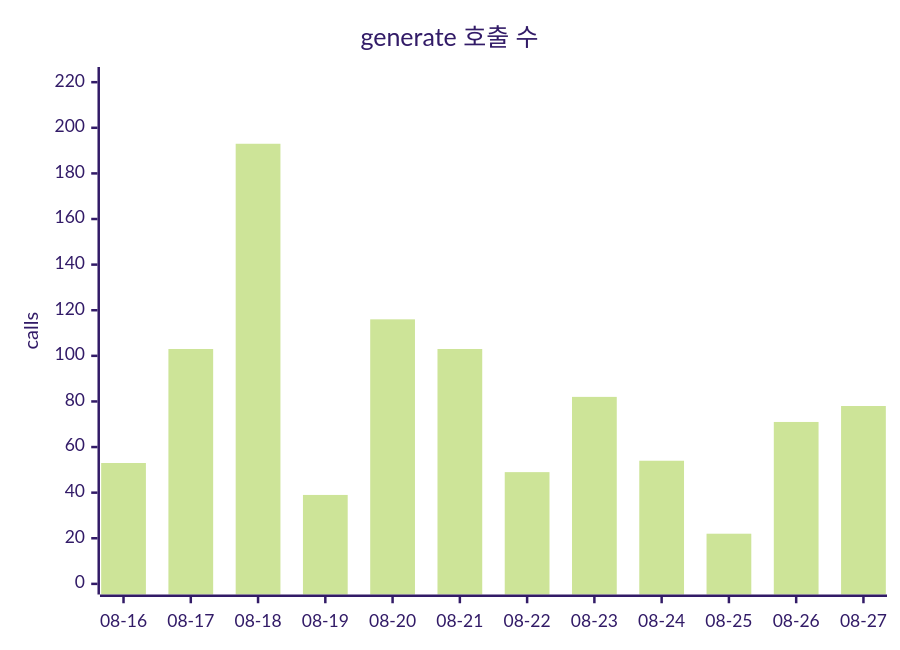
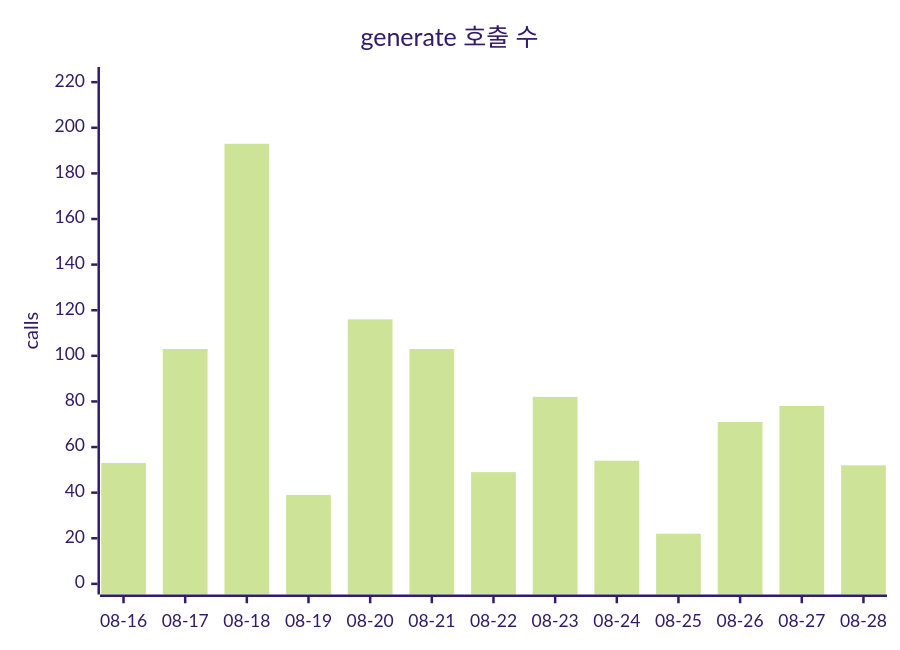
The first of 2 diagrams in docs/data/token-usage.md (userri/PinQ-backend), drawn with Mermaid (forest theme) before and after one commit. The commit also changed other lines of this file and 3 other files, not shown here.

````diff
--- a/docs/data/token-usage.md
+++ b/docs/data/token-usage.md
@@ -68,7 +71,7 @@
 ```mermaid
 xychart-beta
     title "generate 호출 수"
-    x-axis ["08-16", "08-17", "08-18", "08-19", "08-20", "08-21", "08-22", "08-23", "08-24", "08-25", "08-26", "08-27"]
+    x-axis ["08-16", "08-17", "08-18", "08-19", "08-20", "08-21", "08-22", "08-23", "08-24", "08-25", "08-26", "08-27", "08-28"]
     y-axis "calls" 0 --> 222
-    bar [53, 103, 193, 39, 116, 103, 49, 82, 54, 22, 71, 78]
+    bar [53, 103, 193, 39, 116, 103, 49, 82, 54, 22, 71, 78, 52]
 ```
````
